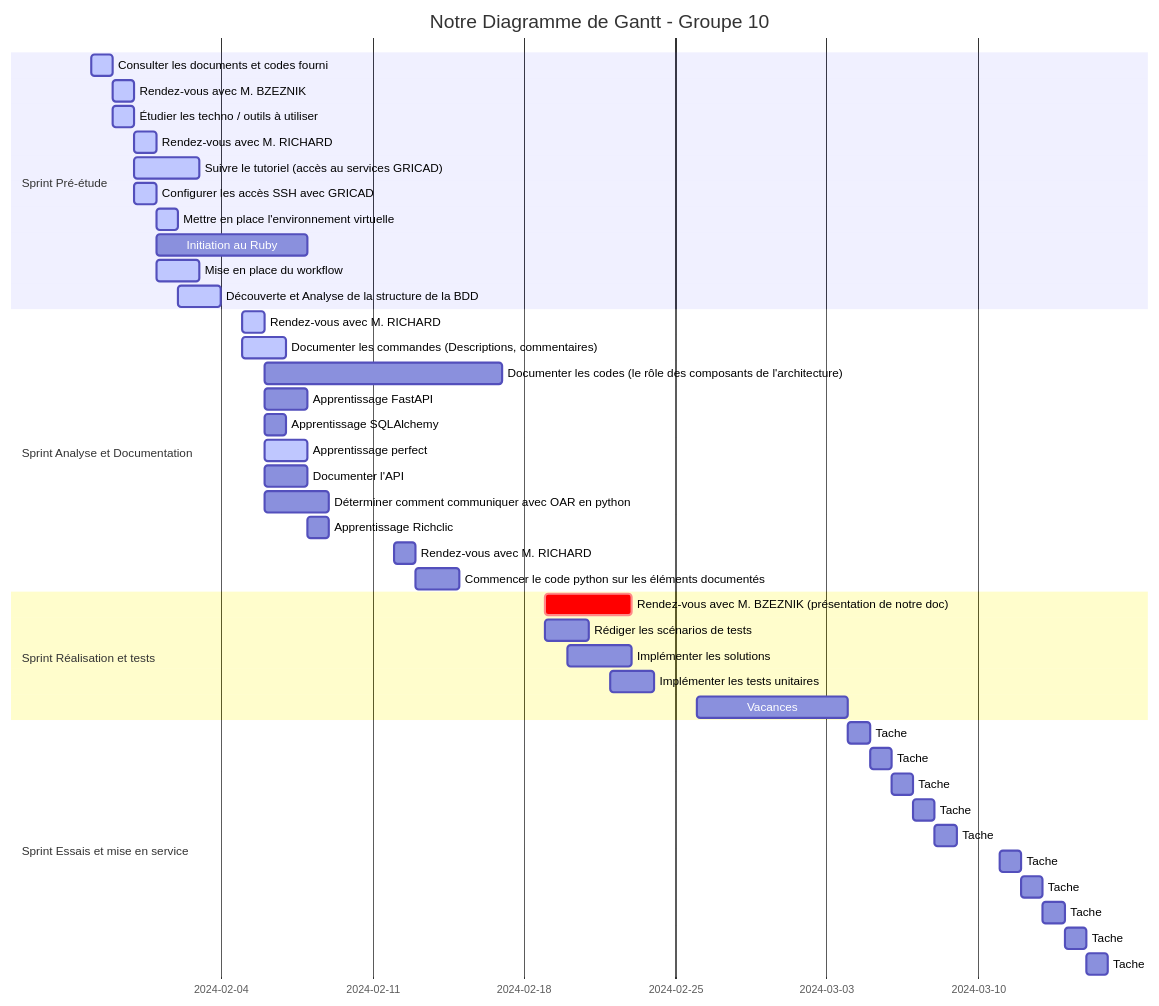
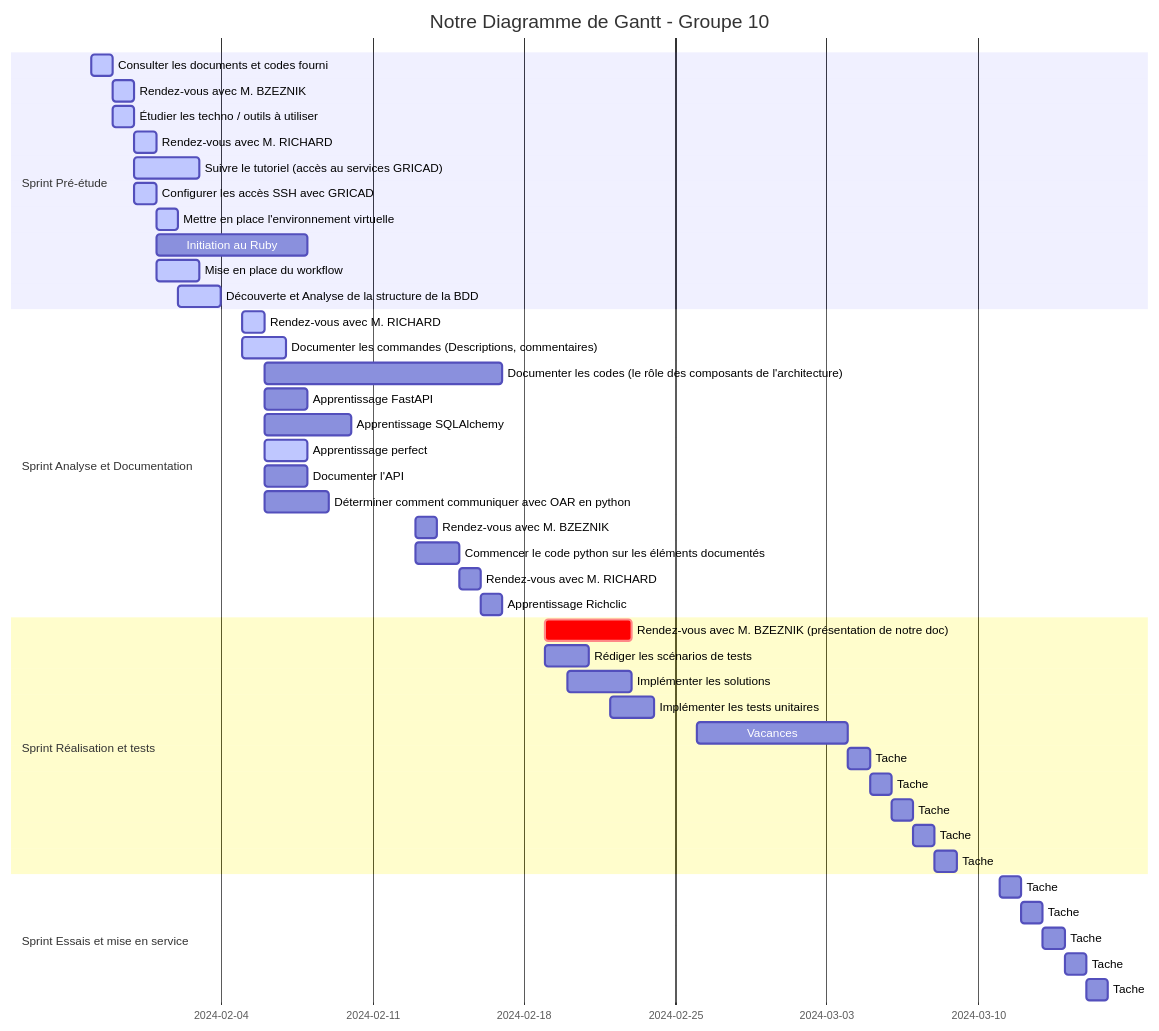
One commit to 2023-2024-PROJET-S10-G10/docs changed the diagram in gantt_diagram.md. Above: the diagram before and after it, drawn with Mermaid. The commit also changed 4 other files, not shown here.

Commit message:
updated logbook, backlog, gantt and daily

````diff
--- a/gantt_diagram.md
+++ b/gantt_diagram.md
@@ -1,45 +1,46 @@
 ```mermaid
 gantt
     title Notre Diagramme de Gantt - Groupe 10
     dateFormat YYYY-MM-DD
     section Sprint Pré-étude
         Consulter les documents et codes fourni                         :active, 2024-01-29, 1d
         Rendez-vous avec M. BZEZNIK                                     :active, 2024-01-30, 1d
         Étudier les techno / outils à utiliser                          :active, 2024-01-30, 1d
         Rendez-vous avec M. RICHARD                                     :active, 2024-01-31, 1d
         Suivre le tutoriel (accès au services GRICAD)                   :active, 2024-01-31, 3d
         Configurer les accès SSH avec GRICAD                            :active, 2024-01-31, 1d
         Mettre en place l'environnement virtuelle                       :active, 2024-02-01, 1d
         Initiation au Ruby                                              : 2024-02-01, 7d
         Mise en place du workflow                                       :active, 2024-02-01, 2d
         Découverte et Analyse de la structure de la BDD                 :active, 2024-02-02, 2d
     section Sprint Analyse et Documentation
         Rendez-vous avec M. RICHARD                                     :active, 2024-02-05, 1d
         Documenter les commandes (Descriptions, commentaires)           :active, 2024-02-05, 2d
         Documenter les codes (le rôle des composants de l'architecture) : 2024-02-06, 11d
         Apprentissage FastAPI                                           : 2024-02-06, 2d
-        Apprentissage SQLAlchemy                                        : 2024-02-06, 1d
+        Apprentissage SQLAlchemy                                        : 2024-02-06, 4d
         Apprentissage perfect                                           :active, 2024-02-06, 2d
         Documenter l'API                                                : 2024-02-06, 2d
         Déterminer comment communiquer avec OAR en python               : 2024-02-06, 3d
-        Apprentissage Richclic                                          : 2024-02-08, 1d
-        Rendez-vous avec M. RICHARD                                     : 2024-02-12, 1d
+        Rendez-vous avec M. BZEZNIK                                     : 2024-02-13, 1d
         Commencer le code python sur les éléments documentés            : 2024-02-13, 2d
+        Rendez-vous avec M. RICHARD                                     : 2024-02-15, 1d
+        Apprentissage Richclic                                          : 2024-02-16, 1d
     section Sprint Réalisation et tests
         Rendez-vous avec M. BZEZNIK (présentation de notre doc)         :crit, 2024-02-19, 4d
         Rédiger les scénarios de tests                                  : 2024-02-19, 2d
         Implémenter les solutions                                       : 2024-02-20, 3d
         Implémenter les tests unitaires                                 : 2024-02-22, 2d
-        Vacances                                        : 2024-02-26, 7d
-    section Sprint Essais et mise en service
+        Vacances                                                        : 2024-02-26, 7d
         Tache                        : 2024-03-04, 1d
         Tache                        : 2024-03-05, 1d
         Tache                        : 2024-03-06, 1d
         Tache                        : 2024-03-07, 1d
         Tache                        : 2024-03-08, 1d
+    section Sprint Essais et mise en service
         Tache                        : 2024-03-11, 1d
         Tache                        : 2024-03-12, 1d
         Tache                        : 2024-03-13, 1d
         Tache                        : 2024-03-14, 1d
         Tache                        : 2024-03-15, 1d
 ```
````
